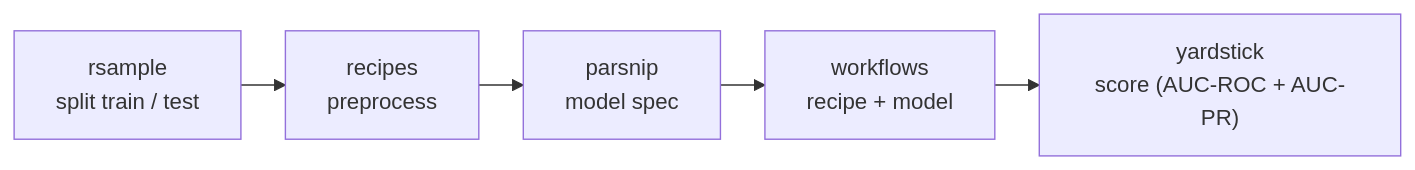
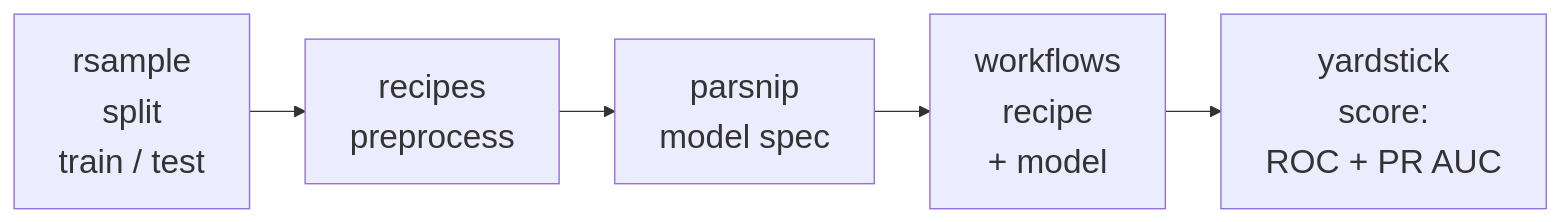
One commit to CorradoLanera/mlt-overview changed the first of 2 diagrams in slides/workshops/mlt-r-basic/00-basic-deck.qmd. Above: the diagram before and after it, drawn with Mermaid. The commit also changed other lines of this file and 3 other files, not shown here.

````diff
--- a/slides/workshops/mlt-r-basic/00-basic-deck.qmd
+++ b/slides/workshops/mlt-r-basic/00-basic-deck.qmd
@@ -193,8 +489,8 @@
 ```{mermaid}
-%%{init: {'flowchart': {'nodeSpacing': 24, 'rankSpacing': 32}}}%%
+%%{init: {'flowchart': {'nodeSpacing': 26, 'rankSpacing': 40, 'padding': 16}, 'themeVariables': {'fontSize': '24px'}}}%%
 flowchart LR
-  RS["rsample<br/>split train / test"] --> RC["recipes<br/>preprocess"]
+  RS["rsample<br/>split<br/>train / test"] --> RC["recipes<br/>preprocess"]
   RC --> PS["parsnip<br/>model spec"]
-  PS --> WF["workflows<br/>recipe + model"]
-  WF --> YS["yardstick<br/>score (AUC-ROC + AUC-PR)"]
+  PS --> WF["workflows<br/>recipe<br/>+ model"]
+  WF --> YS["yardstick<br/>score:<br/>ROC + PR AUC"]
 ```
````
